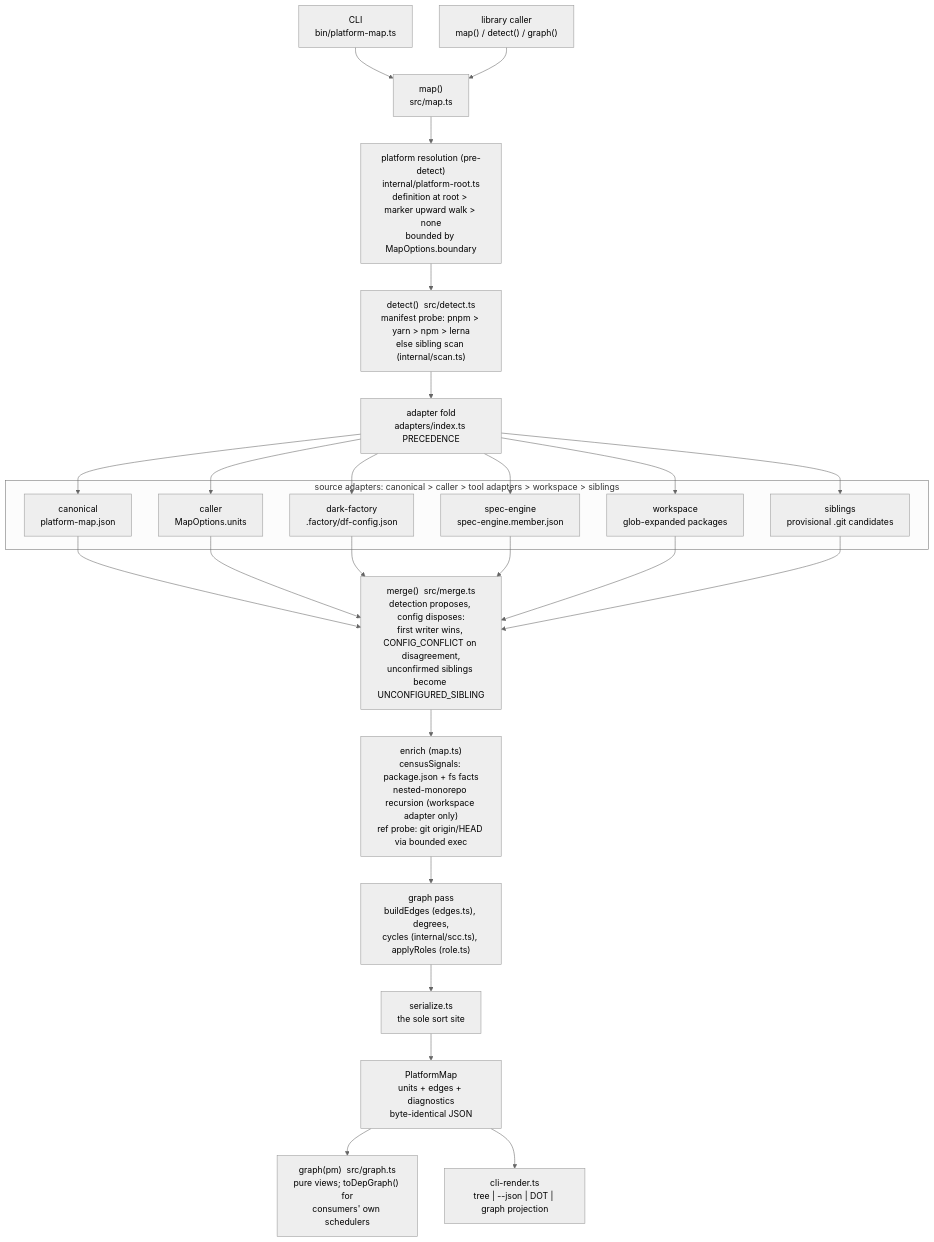
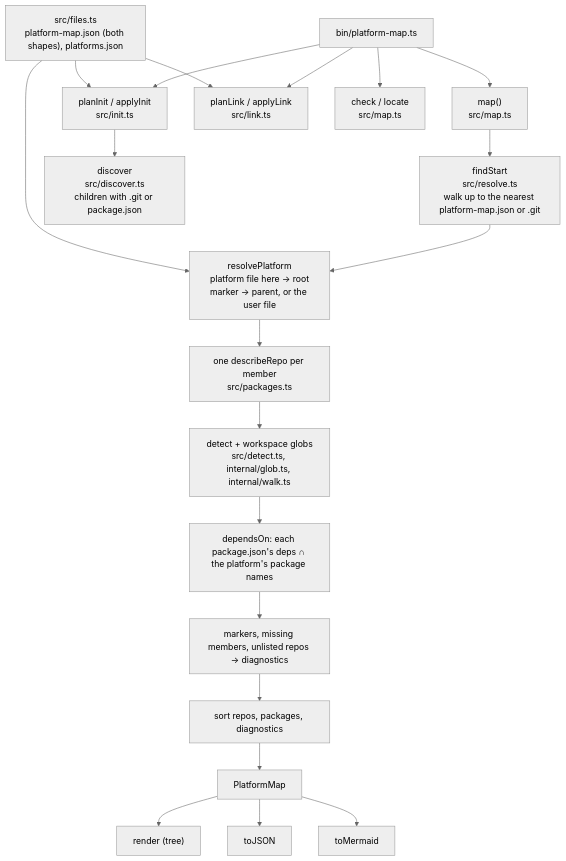
One commit to spec-engine/platform-map changed the diagram in docs/architecture.md. Above: the diagram before and after it, drawn with Mermaid (neutral theme). The commit also changed other lines of this file and 144 other files, not shown here.

````diff
--- a/docs/architecture.md
+++ b/docs/architecture.md
@@ -16,38 +7,24 @@
 ```mermaid
 flowchart TD
-  CLI["CLI<br/>bin/platform-map.ts"] --> MAP
-  LIB["library caller<br/>map() / detect() / graph()"] --> MAP
+  CLI["bin/platform-map.ts"] --> MAP
+  CLI --> INIT["planInit / applyInit<br/>src/init.ts"]
+  CLI --> LINK["planLink / applyLink<br/>src/link.ts"]
+  CLI --> CHECK["check / locate<br/>src/map.ts"]
 
-  MAP["map()<br/>src/map.ts"] --> PR["platform resolution (pre-detect)<br/>internal/platform-root.ts<br/>definition at root > marker upward walk > none<br/>bounded by MapOptions.boundary"]
-  PR --> DET["detect()  src/detect.ts<br/>manifest probe: pnpm > yarn > npm > lerna<br/>else sibling scan (internal/scan.ts)"]
+  MAP["map()<br/>src/map.ts"] --> START["findStart<br/>src/resolve.ts<br/>walk up to the nearest platform-map.json or .git"]
+  START --> RES["resolvePlatform<br/>platform file here → root<br/>marker → parent, or the user file"]
+  RES --> MEMBERS["one describeRepo per member<br/>src/packages.ts"]
+  MEMBERS --> DESC["detect + workspace globs<br/>src/detect.ts, internal/glob.ts, internal/walk.ts"]
+  DESC --> DEPS["dependsOn: each package.json's deps ∩ the platform's package names"]
+  DEPS --> DIAG["markers, missing members, unlisted repos → diagnostics"]
+  DIAG --> SORT["sort repos, packages, diagnostics"]
+  SORT --> OUT["PlatformMap"]
+  OUT --> R1["render (tree)"]
+  OUT --> R2["toJSON"]
+  OUT --> R3["toMermaid"]
 
-  DET --> FOLD["adapter fold<br/>adapters/index.ts PRECEDENCE"]
-
-  subgraph SOURCES ["source adapters: canonical > caller > tool adapters > workspace > siblings"]
-    A1["canonical<br/>platform-map.json"]
-    A2["caller<br/>MapOptions.units"]
-    A3["dark-factory<br/>.factory/df-config.json"]
-    A4["spec-engine<br/>spec-engine.member.json"]
-    A5["workspace<br/>glob-expanded packages"]
-    A6["siblings<br/>provisional .git candidates"]
-  end
-
-  FOLD --> A1 --> MRG
-  FOLD --> A2 --> MRG
-  FOLD --> A3 --> MRG
-  FOLD --> A4 --> MRG
-  FOLD --> A5 --> MRG
-  FOLD --> A6 --> MRG
-
-  MRG["merge()  src/merge.ts<br/>detection proposes, config disposes:<br/>first writer wins, CONFIG_CONFLICT on disagreement,<br/>unconfirmed siblings become UNCONFIGURED_SIBLING"]
-
-  MRG --> ENR["enrich (map.ts)<br/>censusSignals: package.json + fs facts<br/>nested-monorepo recursion (workspace adapter only)<br/>ref probe: git origin/HEAD via bounded exec"]
-
-  ENR --> GRP["graph pass<br/>buildEdges (edges.ts), degrees,<br/>cycles (internal/scc.ts), applyRoles (role.ts)"]
-
-  GRP --> SER["serialize.ts<br/>the sole sort site"]
-  SER --> PM["PlatformMap<br/>units + edges + diagnostics<br/>byte-identical JSON"]
-
-  PM --> GV["graph(pm)  src/graph.ts<br/>pure views; toDepGraph() for<br/>consumers' own schedulers"]
-  PM --> REN["cli-render.ts<br/>tree | --json | DOT | graph projection"]
+  INIT --> DISC["discover<br/>src/discover.ts<br/>children with .git or package.json"]
+  FILES["src/files.ts<br/>platform-map.json (both shapes), platforms.json"] --> RES
+  FILES --> INIT
+  FILES --> LINK
 ```
````
